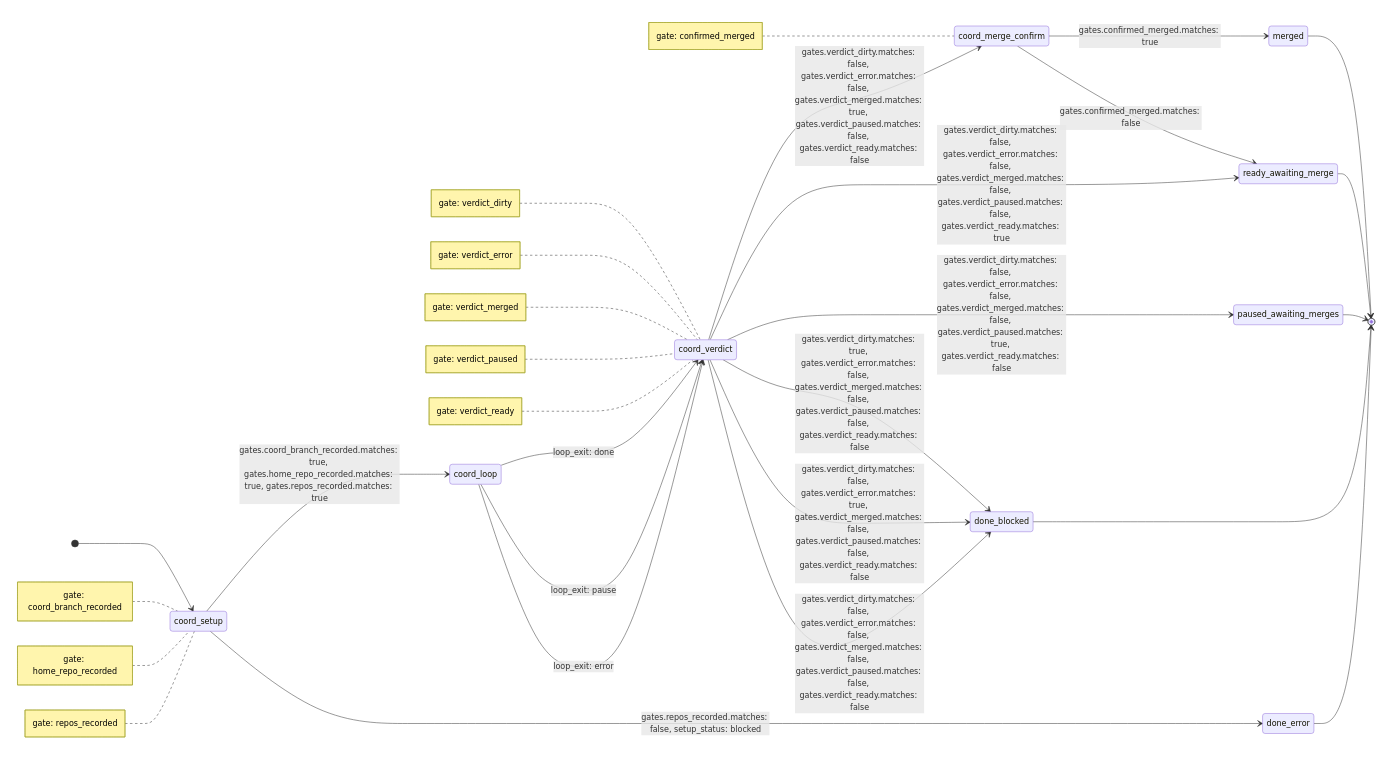
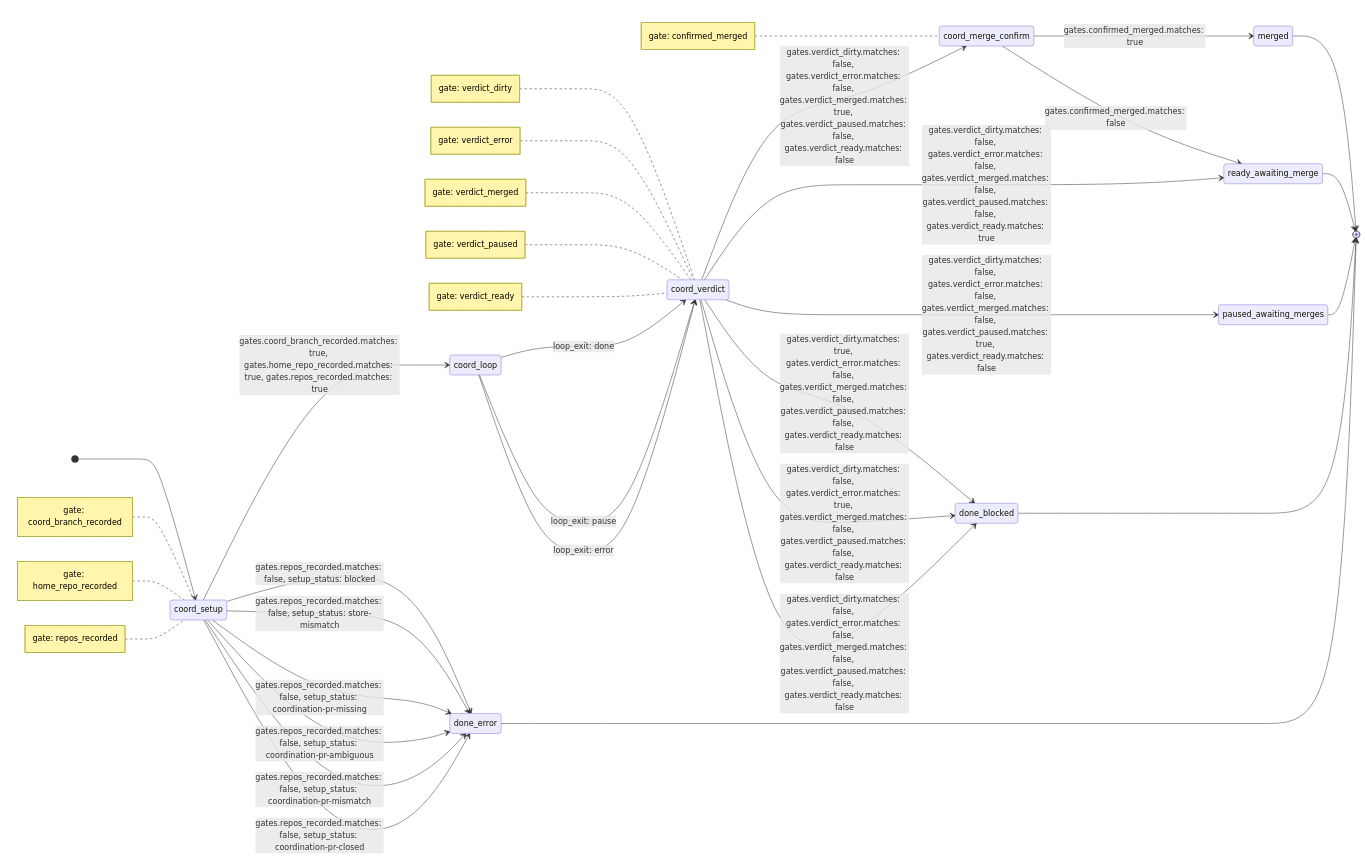
One commit to tsukumogami/shirabe changed the diagram in skills/execute/koto-templates/execute-coordinated.mermaid.md. Above: the diagram before and after it, drawn with Mermaid. The commit also changed 6 other files, not shown here.

````diff
--- a/skills/execute/koto-templates/execute-coordinated.mermaid.md
+++ b/skills/execute/koto-templates/execute-coordinated.mermaid.md
@@ -1,50 +1,55 @@
 ```mermaid
 stateDiagram-v2
     direction LR
     [*] --> coord_setup
     coord_loop --> coord_verdict : loop_exit: done
     coord_loop --> coord_verdict : loop_exit: pause
     coord_loop --> coord_verdict : loop_exit: error
     coord_merge_confirm --> merged : gates.confirmed_merged.matches: true
     coord_merge_confirm --> ready_awaiting_merge : gates.confirmed_merged.matches: false
     coord_setup --> coord_loop : gates.coord_branch_recorded.matches: true, gates.home_repo_recorded.matches: true, gates.repos_recorded.matches: true
     coord_setup --> done_error : gates.repos_recorded.matches: false, setup_status: blocked
+    coord_setup --> done_error : gates.repos_recorded.matches: false, setup_status: store-mismatch
+    coord_setup --> done_error : gates.repos_recorded.matches: false, setup_status: coordination-pr-missing
+    coord_setup --> done_error : gates.repos_recorded.matches: false, setup_status: coordination-pr-ambiguous
+    coord_setup --> done_error : gates.repos_recorded.matches: false, setup_status: coordination-pr-mismatch
+    coord_setup --> done_error : gates.repos_recorded.matches: false, setup_status: coordination-pr-closed
     coord_verdict --> coord_merge_confirm : gates.verdict_dirty.matches: false, gates.verdict_error.matches: false, gates.verdict_merged.matches: true, gates.verdict_paused.matches: false, gates.verdict_ready.matches: false
     coord_verdict --> ready_awaiting_merge : gates.verdict_dirty.matches: false, gates.verdict_error.matches: false, gates.verdict_merged.matches: false, gates.verdict_paused.matches: false, gates.verdict_ready.matches: true
     coord_verdict --> paused_awaiting_merges : gates.verdict_dirty.matches: false, gates.verdict_error.matches: false, gates.verdict_merged.matches: false, gates.verdict_paused.matches: true, gates.verdict_ready.matches: false
     coord_verdict --> done_blocked : gates.verdict_dirty.matches: true, gates.verdict_error.matches: false, gates.verdict_merged.matches: false, gates.verdict_paused.matches: false, gates.verdict_ready.matches: false
     coord_verdict --> done_blocked : gates.verdict_dirty.matches: false, gates.verdict_error.matches: true, gates.verdict_merged.matches: false, gates.verdict_paused.matches: false, gates.verdict_ready.matches: false
     coord_verdict --> done_blocked : gates.verdict_dirty.matches: false, gates.verdict_error.matches: false, gates.verdict_merged.matches: false, gates.verdict_paused.matches: false, gates.verdict_ready.matches: false
     done_blocked --> [*]
     done_error --> [*]
     merged --> [*]
     paused_awaiting_merges --> [*]
     ready_awaiting_merge --> [*]
     note left of coord_merge_confirm
         gate: confirmed_merged
     end note
     note left of coord_setup
         gate: coord_branch_recorded
     end note
     note left of coord_setup
         gate: home_repo_recorded
     end note
     note left of coord_setup
         gate: repos_recorded
     end note
     note left of coord_verdict
         gate: verdict_dirty
     end note
     note left of coord_verdict
         gate: verdict_error
     end note
     note left of coord_verdict
         gate: verdict_merged
     end note
     note left of coord_verdict
         gate: verdict_paused
     end note
     note left of coord_verdict
         gate: verdict_ready
     end note
 ```
````
